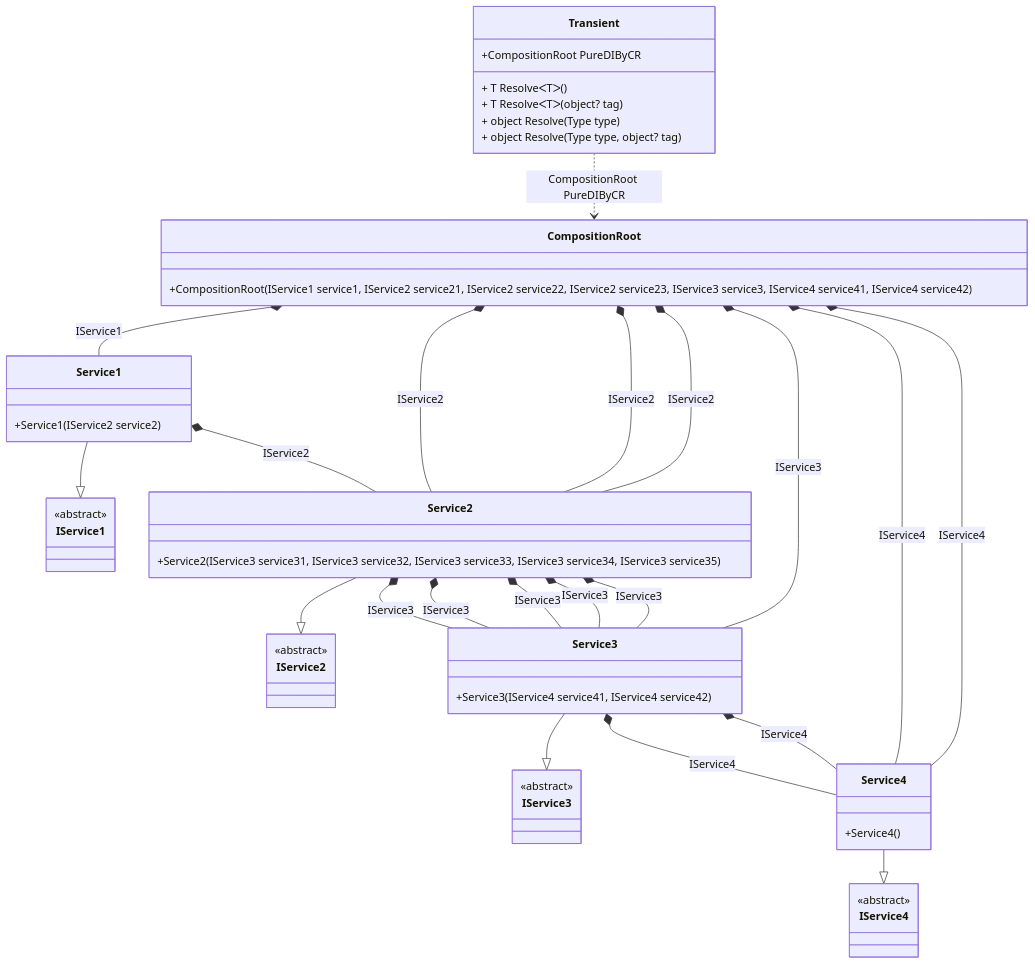
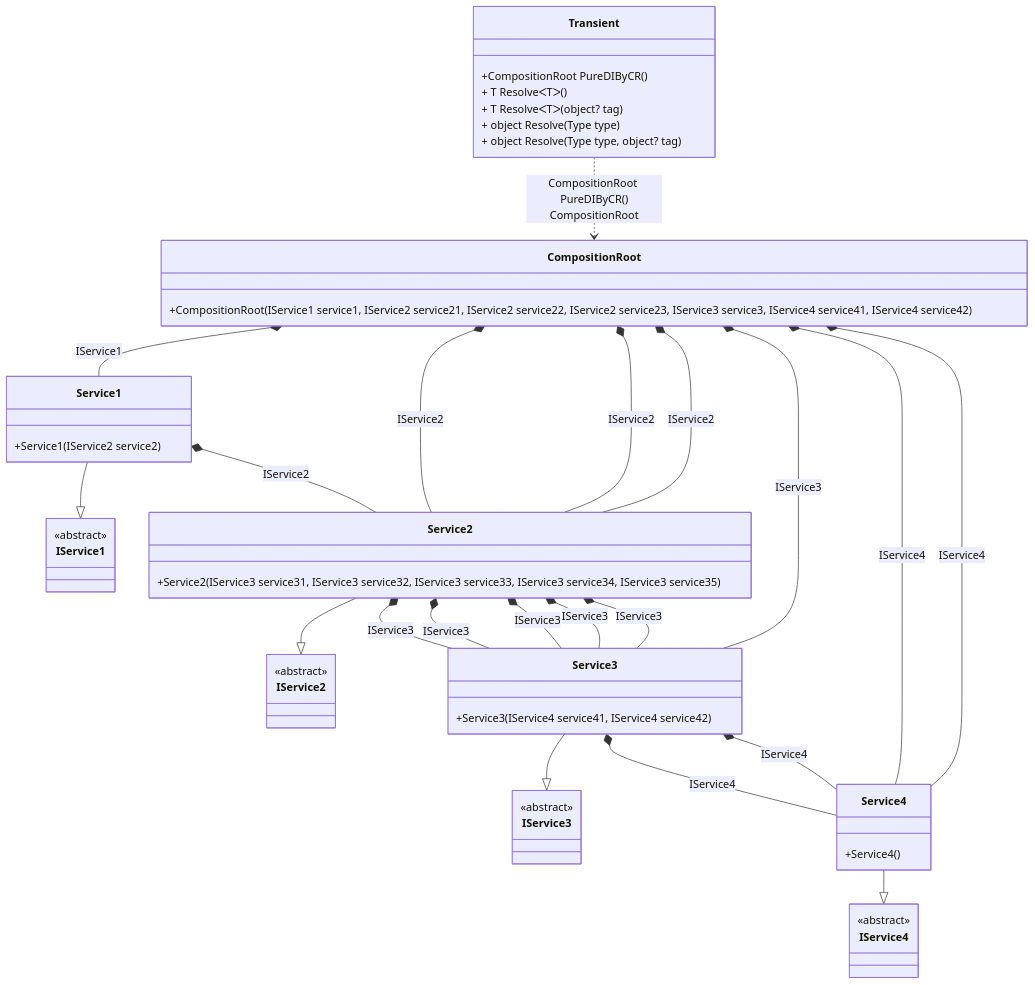
The diagram in readme/TransientDetails.md (DevTeam/Pure.DI), drawn with Mermaid before and after one commit. The commit also changed other lines of this file and 73 other files, not shown here.

````diff
--- a/readme/TransientDetails.md
+++ b/readme/TransientDetails.md
@@ -6,57 +6,57 @@
 ```mermaid
 classDiagram
   class Transient {
-    +CompositionRoot PureDIByCR
+    +CompositionRoot PureDIByCR()
     + T ResolveᐸTᐳ()
     + T ResolveᐸTᐳ(object? tag)
     + object Resolve(Type type)
     + object Resolve(Type type, object? tag)
   }
   class CompositionRoot {
     +CompositionRoot(IService1 service1, IService2 service21, IService2 service22, IService2 service23, IService3 service3, IService4 service41, IService4 service42)
   }
   Service1 --|> IService1 : 
   class Service1 {
     +Service1(IService2 service2)
   }
   Service2 --|> IService2 : 
   class Service2 {
     +Service2(IService3 service31, IService3 service32, IService3 service33, IService3 service34, IService3 service35)
   }
   Service3 --|> IService3 : 
   class Service3 {
     +Service3(IService4 service41, IService4 service42)
   }
   Service4 --|> IService4 : 
   class Service4 {
     +Service4()
   }
   class IService1 {
     <<abstract>>
   }
   class IService2 {
     <<abstract>>
   }
   class IService3 {
     <<abstract>>
   }
   class IService4 {
     <<abstract>>
   }
   CompositionRoot *--  Service1 : IService1
   CompositionRoot *--  Service2 : IService2
   CompositionRoot *--  Service2 : IService2
   CompositionRoot *--  Service2 : IService2
   CompositionRoot *--  Service3 : IService3
   CompositionRoot *--  Service4 : IService4
   CompositionRoot *--  Service4 : IService4
   Service1 *--  Service2 : IService2
   Service2 *--  Service3 : IService3
   Service2 *--  Service3 : IService3
   Service2 *--  Service3 : IService3
   Service2 *--  Service3 : IService3
   Service2 *--  Service3 : IService3
   Service3 *--  Service4 : IService4
   Service3 *--  Service4 : IService4
-  Transient ..> CompositionRoot : CompositionRoot PureDIByCR
+  Transient ..> CompositionRoot : CompositionRoot PureDIByCR()<br/>CompositionRoot
 ```
````
